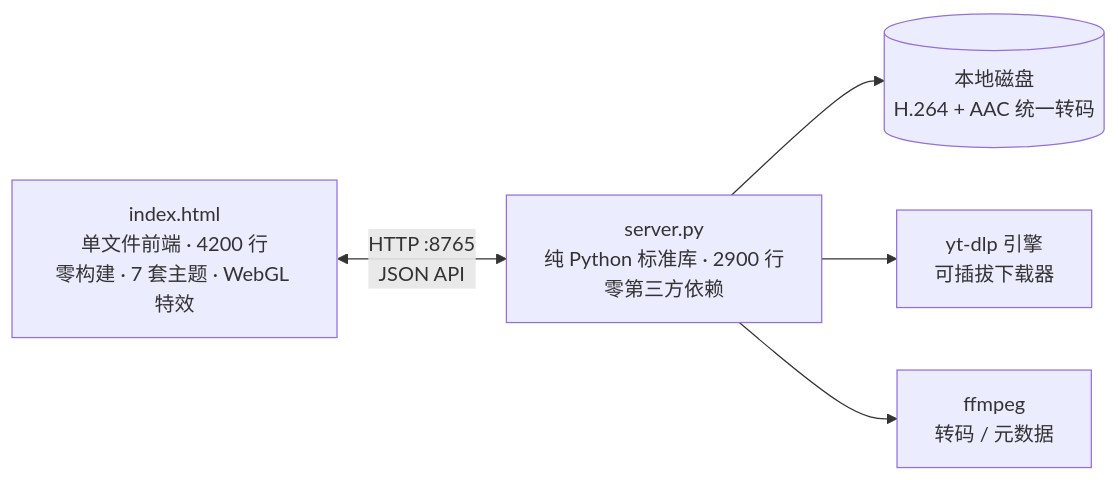
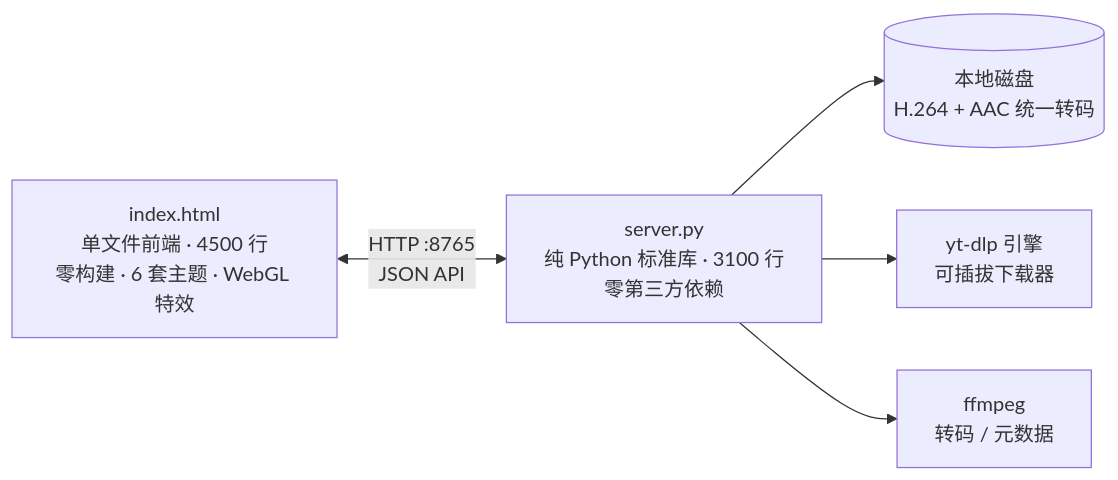
The diagram in README.md (mike22890/Decache), drawn with Mermaid before and after one commit. The commit also changed other lines of this file and 16 other files, not shown here.

````diff
--- a/README.md
+++ b/README.md
@@ -63,7 +63,7 @@
 ```mermaid
 graph LR
-    A["index.html<br/>单文件前端 · 4200 行<br/>零构建 · 7 套主题 · WebGL 特效"] <-- "HTTP :8765<br/>JSON API" --> B["server.py<br/>纯 Python 标准库 · 2900 行<br/>零第三方依赖"]
+    A["index.html<br/>单文件前端 · 4500 行<br/>零构建 · 6 套主题 · WebGL 特效"] <-- "HTTP :8765<br/>JSON API" --> B["server.py<br/>纯 Python 标准库 · 3100 行<br/>零第三方依赖"]
     B --> C[("本地磁盘<br/>H.264 + AAC 统一转码")]
     B --> D["yt-dlp 引擎<br/>可插拔下载器"]
     B --> E["ffmpeg<br/>转码 / 元数据"]
 ```
````
